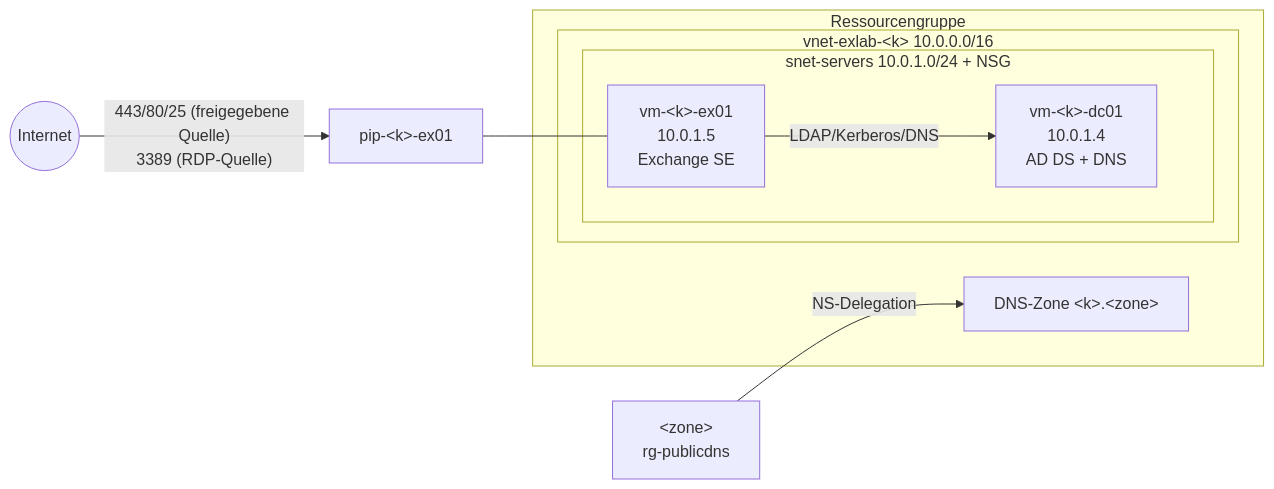
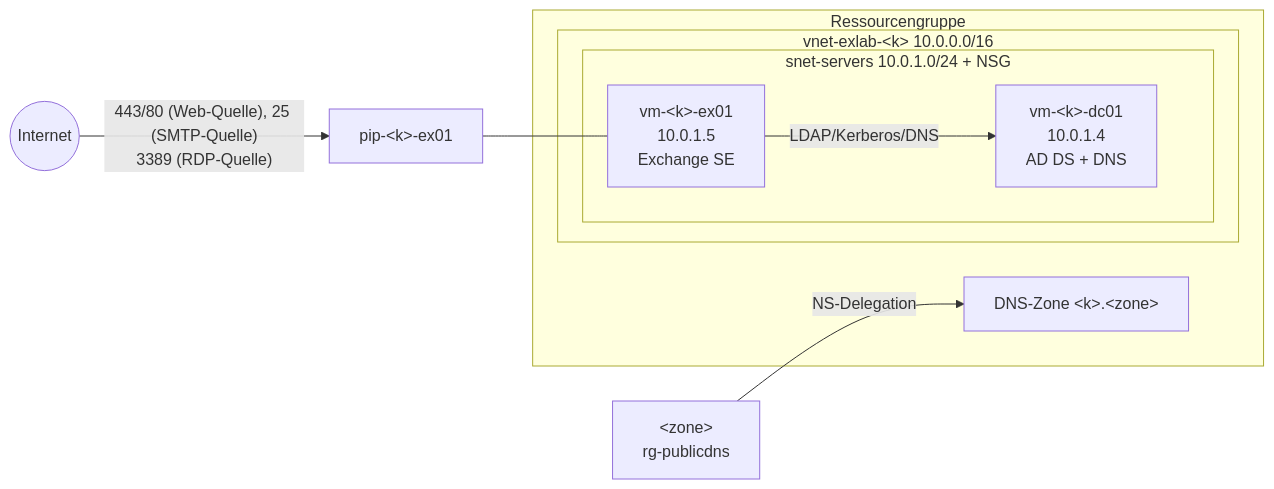
One commit to sredlin/TraineeLab changed the diagram in readme.md. Above: the diagram before and after it, drawn with Mermaid. The commit also changed other lines of this file and 9 other files, not shown here.

````diff
--- a/readme.md
+++ b/readme.md
@@ -9,16 +9,16 @@
 ```mermaid
 flowchart LR
-    Internet((Internet)) -->|"443/80/25 (freigegebene Quelle)\n3389 (RDP-Quelle)"| PIP[pip-&lt;k&gt;-ex01]
+    Internet((Internet)) -->|"443/80 (Web-Quelle), 25 (SMTP-Quelle)\n3389 (RDP-Quelle)"| PIP[pip-&lt;k&gt;-ex01]
     subgraph RG[Ressourcengruppe]
         subgraph VNET[vnet-exlab-&lt;k&gt; 10.0.0.0/16]
             subgraph SNET[snet-servers 10.0.1.0/24 + NSG]
                 DC[vm-&lt;k&gt;-dc01<br/>10.0.1.4<br/>AD DS + DNS]
                 EX[vm-&lt;k&gt;-ex01<br/>10.0.1.5<br/>Exchange SE]
             end
         end
         ZONE[DNS-Zone &lt;k&gt;.&lt;zone&gt;]
     end
     PIP --- EX
     EX -->|LDAP/Kerberos/DNS| DC
     PARENT[&lt;zone&gt;<br/>rg-publicdns] -->|NS-Delegation| ZONE
 ```
````
